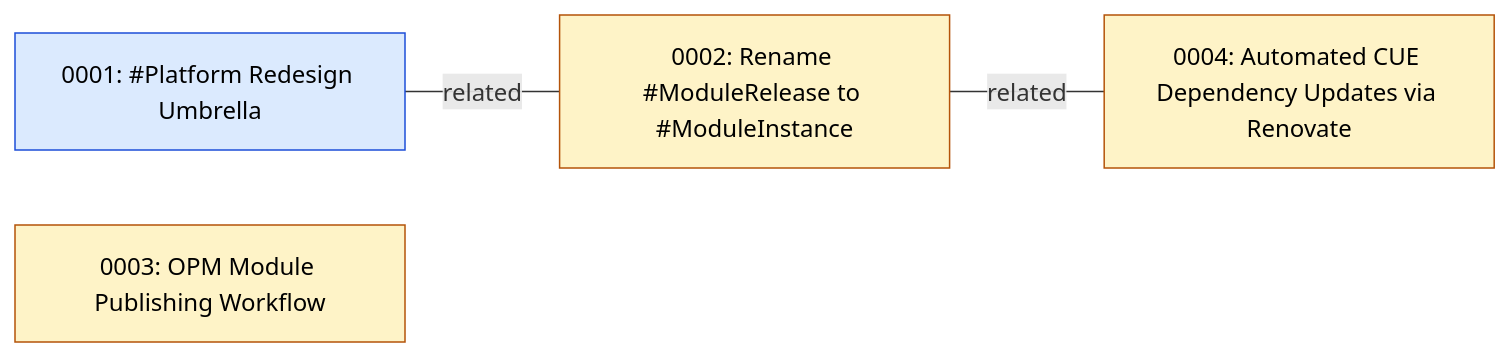
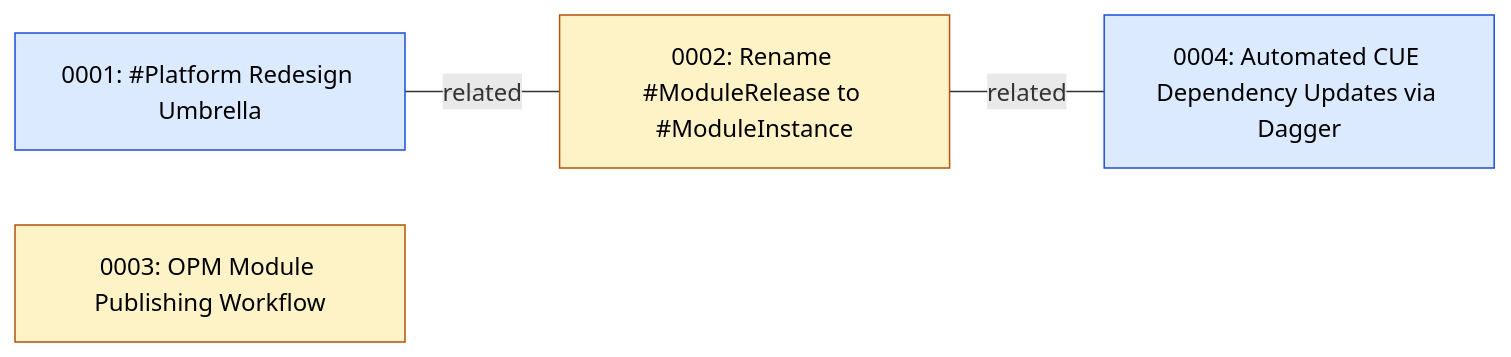
The first of 2 diagrams in GRAPH.md (open-platform-model/enhancements), drawn with Mermaid before and after one commit. The commit also changed 10 other files, not shown here.

````diff
--- a/GRAPH.md
+++ b/GRAPH.md
@@ -5,16 +5,16 @@
 ```mermaid
 graph LR
   classDef draft       fill:#fef3c7,stroke:#b45309,color:#000
   classDef accepted    fill:#dbeafe,stroke:#1d4ed8,color:#000
   classDef implemented fill:#dcfce7,stroke:#15803d,color:#000
   classDef superseded  fill:#e5e7eb,stroke:#6b7280,color:#6b7280
   classDef legacy      fill:#fafafa,stroke:#9ca3af,color:#6b7280,stroke-dasharray:3 3
 
   N0001["0001: #Platform Redesign Umbrella"]:::accepted
   N0002["0002: Rename #ModuleRelease to #ModuleInstance"]:::draft
   N0003["0003: OPM Module Publishing Workflow"]:::draft
-  N0004["0004: Automated CUE Dependency Updates via Renovate"]:::draft
+  N0004["0004: Automated CUE Dependency Updates via Dagger"]:::accepted
 
   N0001 ---|related| N0002
   N0002 ---|related| N0004
 ```
````
